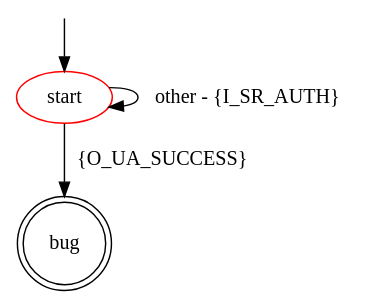
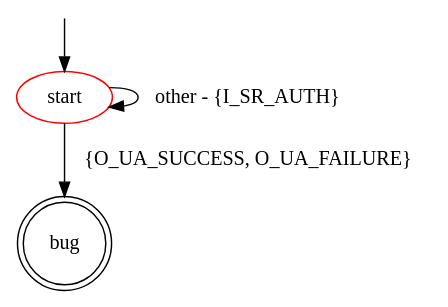
One commit to assist-project/state-machine-bug-finder changed the diagram in src/main/resources/bugpatterns/ssh/missing_sr_auth.dot. Above: the diagram before and after it, drawn with Graphviz. The commit also changed 4 other files, not shown here.

```diff
--- a/src/main/resources/bugpatterns/ssh/missing_sr_auth.dot
+++ b/src/main/resources/bugpatterns/ssh/missing_sr_auth.dot
@@ -1,11 +1,11 @@
 digraph G {
 label=""
 start [color="red"]
 bug [shape="doublecircle"]
 
 start -> start [label="other - {I_SR_AUTH}"]
-start -> bug [label="{O_UA_SUCCESS}"]
+start -> bug [label="{O_UA_SUCCESS, O_UA_FAILURE}"]
 
 __start0 [label="" shape="none" width="0" height="0"];
 __start0 -> start;
 }
```
